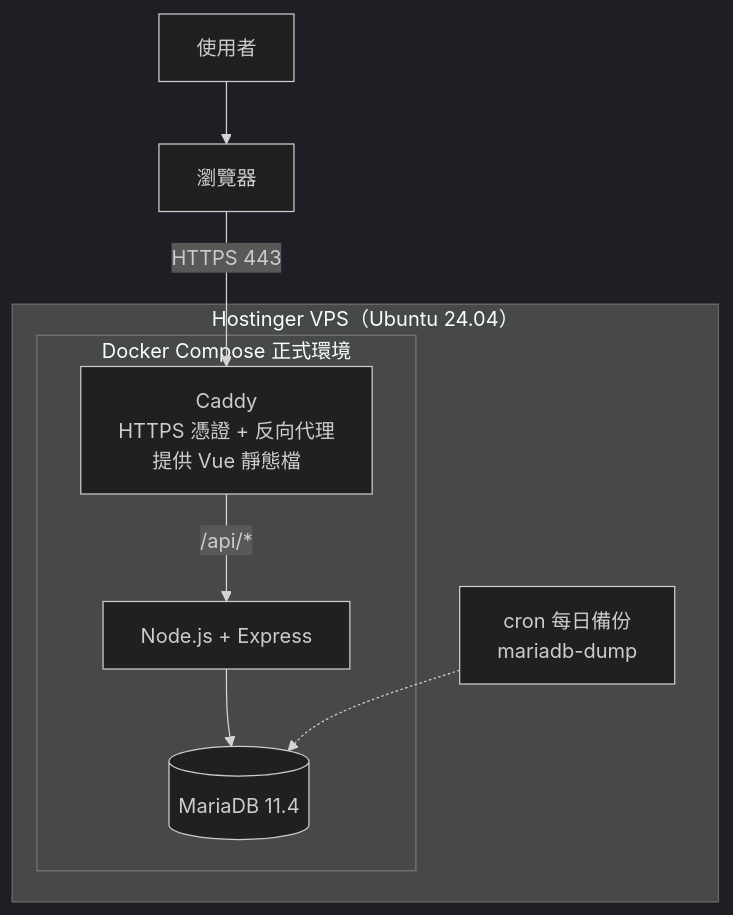
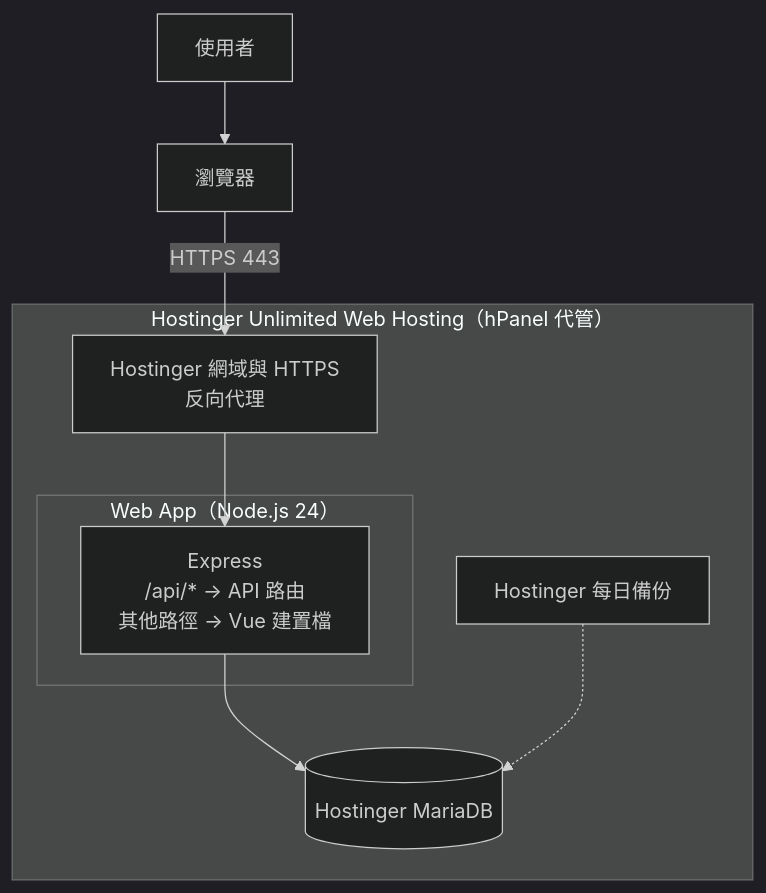
The diagram in docs/deployment.md (annie-clickforce/trello-fullstack), drawn with Mermaid (dark theme) before and after one commit. The commit also changed other lines of this file and 5 other files, not shown here.

First line of the commit message:
docs:部署目標改為 Hostinger Unlimited Web Hosting

````diff
--- a/docs/deployment.md
+++ b/docs/deployment.md
@@ -24,18 +24,18 @@
 ```mermaid
 flowchart TD
     User[使用者] --> Browser[瀏覽器]
-    Browser -->|HTTPS 443| Caddy
+    Browser -->|HTTPS 443| Proxy
 
-    subgraph VPS["Hostinger VPS（Ubuntu 24.04）"]
-        subgraph Compose[Docker Compose 正式環境]
-            Caddy[Caddy<br/>HTTPS 憑證 + 反向代理<br/>提供 Vue 靜態檔]
-            API[Node.js + Express]
-            DB[(MariaDB 11.4)]
+    subgraph Hostinger["Hostinger Unlimited Web Hosting（hPanel 代管）"]
+        Proxy[Hostinger 網域與 HTTPS<br/>反向代理]
+        subgraph WebApp[Web App（Node.js 24）]
+            API[Express<br/>/api/* → API 路由<br/>其他路徑 → Vue 建置檔]
+        end
+        DB[(Hostinger MariaDB)]
+        Backup[Hostinger 每日備份]
 
-            Caddy -->|/api/*| API
-            API --> DB
-        end
-        Backup[cron 每日備份<br/>mariadb-dump]
+        Proxy --> API
+        API --> DB
         Backup -.-> DB
     end
 ```
````
